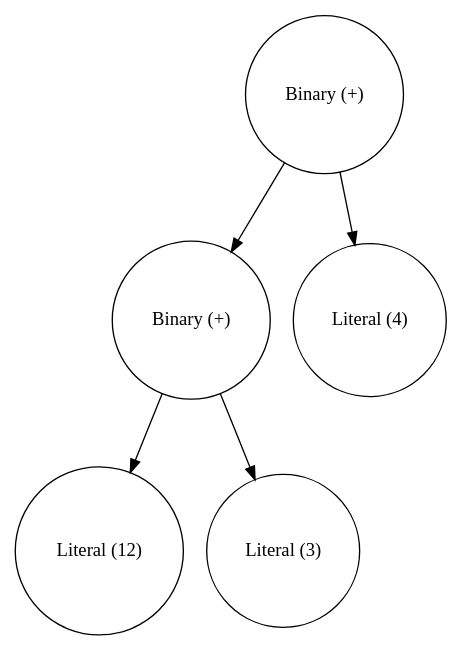
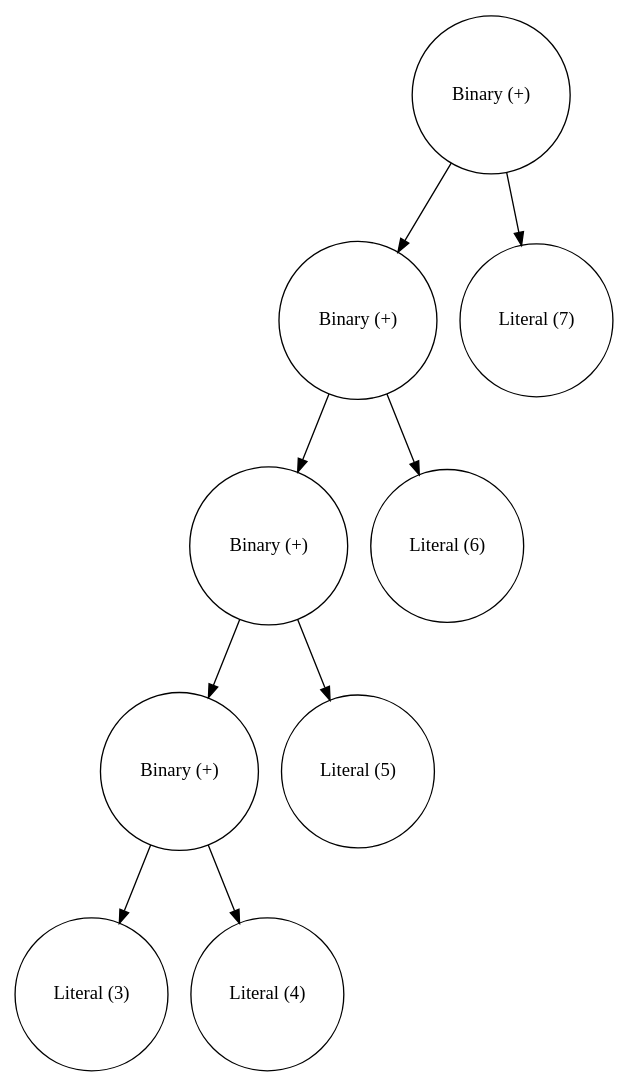
Before and after one commit to chosti34/CompilerCreationTool: the diagram in CompilerCreationTool/CompilerCreationTool/ast.dot, drawn with Graphviz. The commit also changed 4 other files, not shown here.

```diff
--- a/CompilerCreationTool/CompilerCreationTool/ast.dot
+++ b/CompilerCreationTool/CompilerCreationTool/ast.dot
@@ -1,11 +1,19 @@
 digraph {
 0 [shape="circle" label="Binary (+)"];
 1 [shape="circle" label="Binary (+)"];
-2 [shape="circle" label="Literal (12)"];
-3 [shape="circle" label="Literal (3)"];
+2 [shape="circle" label="Binary (+)"];
+3 [shape="circle" label="Binary (+)"];
+4 [shape="circle" label="Literal (3)"];
+5 [shape="circle" label="Literal (4)"];
+3->4 [label=" "];
+3->5 [label=" "];
+6 [shape="circle" label="Literal (5)"];
+2->3 [label=" "];
+2->6 [label=" "];
+7 [shape="circle" label="Literal (6)"];
 1->2 [label=" "];
-1->3 [label=" "];
-4 [shape="circle" label="Literal (4)"];
+1->7 [label=" "];
+8 [shape="circle" label="Literal (7)"];
 0->1 [label=" "];
-0->4 [label=" "];
+0->8 [label=" "];
 }
```
